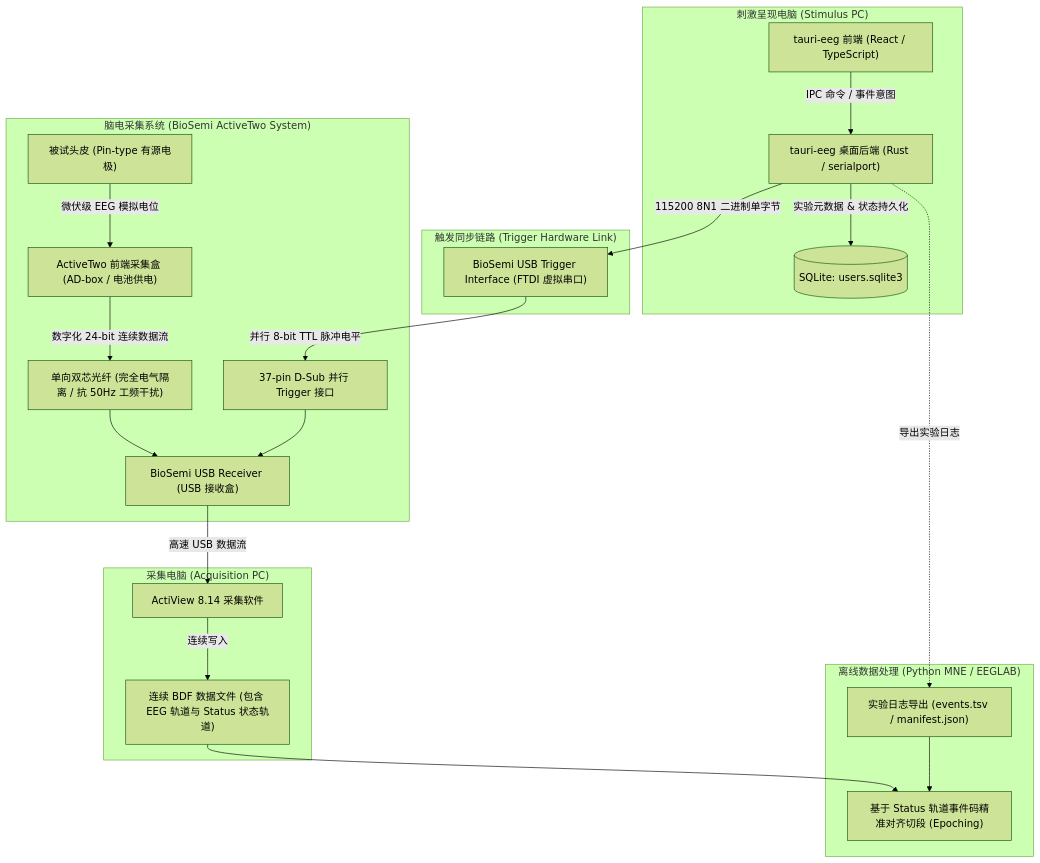
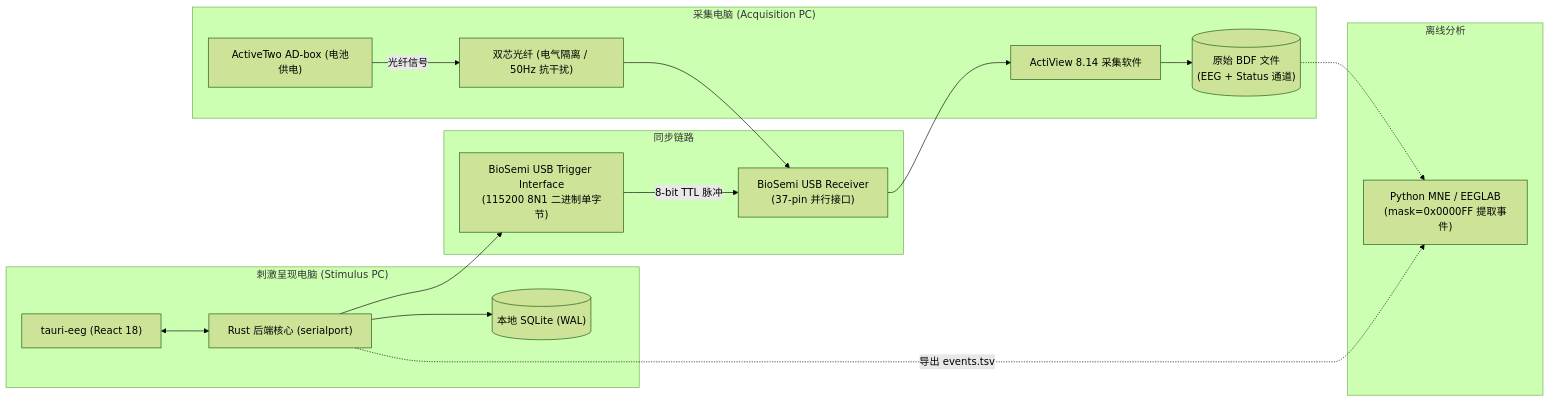
One commit to fordelkon/tauri-eeg changed the diagram in README.md. Above: the diagram before and after it, drawn with Mermaid (forest theme). The commit also changed other lines of this file, not shown here.

````diff
--- a/README.md
+++ b/README.md
@@ -43,44 +42,33 @@
 ```mermaid
-flowchart TD
+flowchart LR
     subgraph Stimulus_PC ["刺激呈现电脑 (Stimulus PC)"]
-        UI["tauri-eeg 前端 (React / TypeScript)"]
-        Core["tauri-eeg 桌面后端 (Rust / serialport)"]
-        DB[(SQLite: users.sqlite3)]
-        UI -->|IPC 命令 / 事件意图| Core
-        Core -->|实验元数据 & 状态持久化| DB
+        UI["tauri-eeg (React 18)"]
+        Core["Rust 后端核心 (serialport)"]
+        DB[("本地 SQLite (WAL)")]
+        UI <--> Core
+        Core --> DB
     end
 
-    subgraph Hardware_Link ["触发同步链路 (Trigger Hardware Link)"]
-        TriggerCable["BioSemi USB Trigger Interface (FTDI 虚拟串口)"]
-        Core -->|115200 8N1 二进制单字节| TriggerCable
-    end
-
-    subgraph Acquisition_System ["脑电采集系统 (BioSemi ActiveTwo System)"]
-        Subj["被试头皮 (Pin-type 有源电极)"]
-        ADBox["ActiveTwo 前端采集盒 (AD-box / 电池供电)"]
-        Fiber["单向双芯光纤 (完全电气隔离 / 抗 50Hz 工频干扰)"]
-        Receiver["BioSemi USB Receiver (USB 接收盒)"]
-        DSub["37-pin D-Sub 并行 Trigger 接口"]
-        
-        Subj -->|微伏级 EEG 模拟电位| ADBox
-        ADBox -->|数字化 24-bit 连续数据流| Fiber
-        Fiber --> Receiver
-        TriggerCable -->|并行 8-bit TTL 脉冲电平| DSub
-        DSub --> Receiver
+    subgraph Hardware_Link ["同步链路"]
+        TriggerCable["BioSemi USB Trigger Interface\n(115200 8N1 二进制单字节)"]
+        Receiver["BioSemi USB Receiver\n(37-pin 并行接口)"]
+        Core --> TriggerCable
+        TriggerCable -->|8-bit TTL 脉冲| Receiver
     end
 
     subgraph Acquisition_PC ["采集电脑 (Acquisition PC)"]
+        ADBox["ActiveTwo AD-box (电池供电)"]
+        Fiber["双芯光纤 (电气隔离 / 50Hz 抗干扰)"]
         ActiView["ActiView 8.14 采集软件"]
-        BDF["连续 BDF 数据文件 (包含 EEG 轨道与 Status 状态轨道)"]
-        Receiver -->|高速 USB 数据流| ActiView
-        ActiView -->|连续写入| BDF
+        BDF[("原始 BDF 文件\n(EEG + Status 通道)")]
+        
+        ADBox -->|光纤信号| Fiber --> Receiver
+        Receiver --> ActiView --> BDF
     end
 
-    subgraph Offline_Analysis ["离线数据处理 (Python MNE / EEGLAB)"]
-        EventsTSV["实验日志导出 (events.tsv / manifest.json)"]
-        Sync["基于 Status 轨道事件码精准对齐切段 (Epoching)"]
-        Core -.->|导出实验日志| EventsTSV
-        BDF --> Sync
-        EventsTSV --> Sync
+    subgraph Analysis ["离线分析"]
+        MNE["Python MNE / EEGLAB\n(mask=0x0000FF 提取事件)"]
+        BDF -.-> MNE
+        Core -.->|导出 events.tsv| MNE
     end
 ```
````
